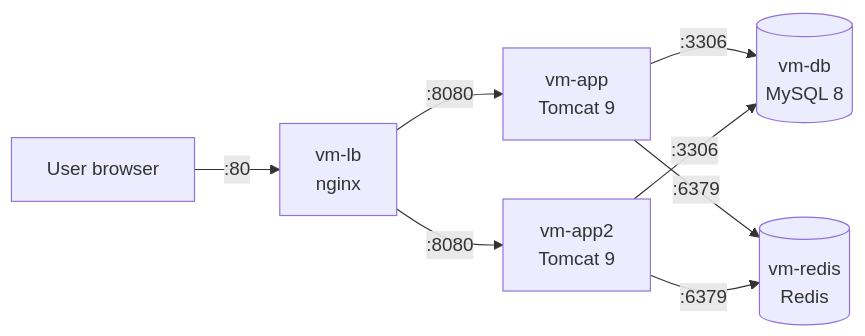
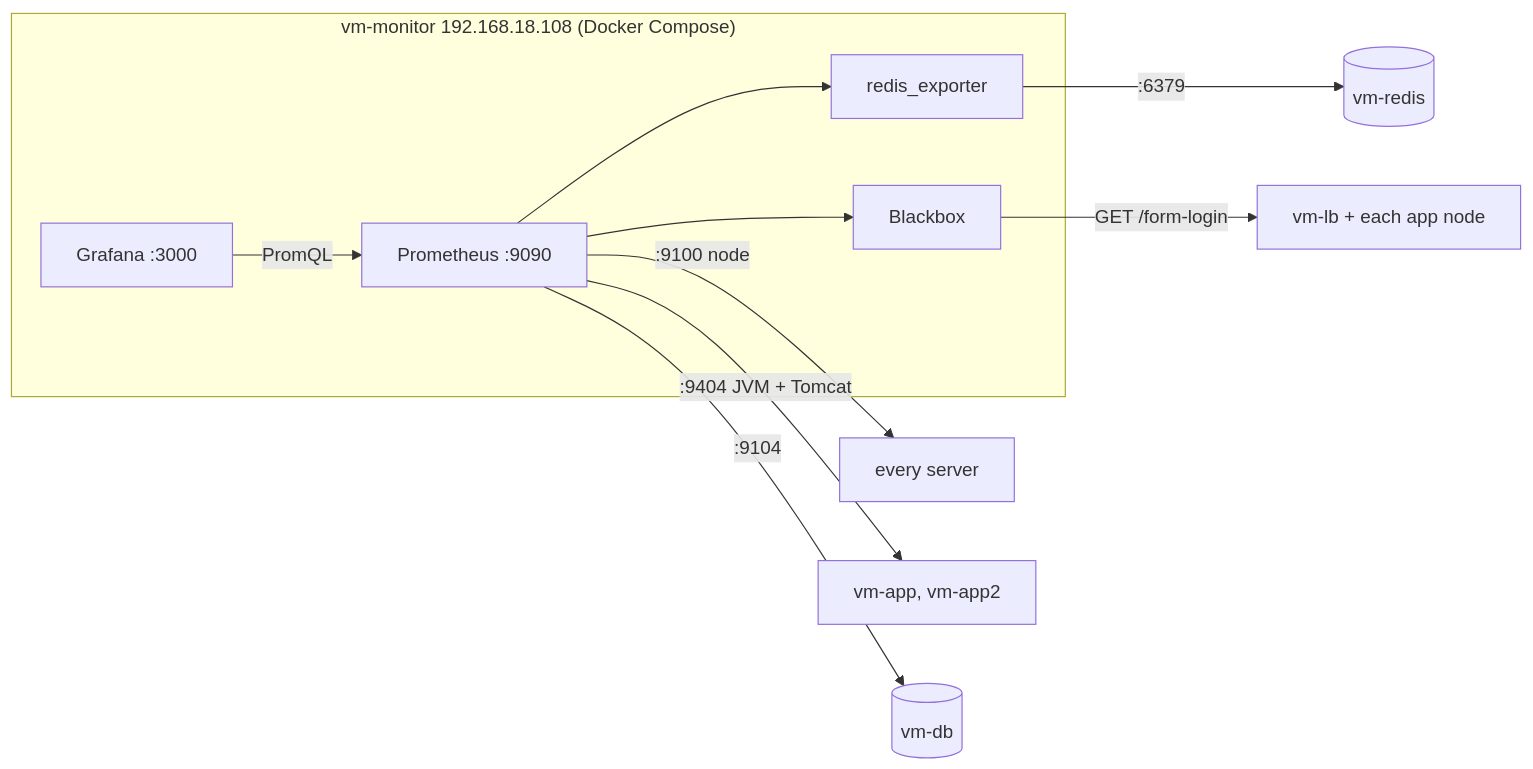
Before and after one commit to nazariybu/travelagency: the diagram in README.md, drawn with Mermaid. The commit also changed other lines of this file and 3 other files, not shown here.

````diff
--- a/README.md
+++ b/README.md
@@ -35,10 +22,15 @@
 ```mermaid
 flowchart LR
-    U["User browser"] -->|":80"| LB["vm-lb<br/>nginx"]
-    LB -->|":8080"| A1["vm-app<br/>Tomcat 9"]
-    LB -->|":8080"| A2["vm-app2<br/>Tomcat 9"]
-    A1 -->|":3306"| DB[("vm-db<br/>MySQL 8")]
-    A2 -->|":3306"| DB
-    A1 -->|":6379"| R[("vm-redis<br/>Redis")]
-    A2 -->|":6379"| R
+    subgraph M["vm-monitor 192.168.18.108 (Docker Compose)"]
+        P["Prometheus :9090"]
+        G["Grafana :3000"]
+        B["Blackbox"]
+        RE["redis_exporter"]
+    end
+    G -->|PromQL| P
+    P -->|":9100 node"| ALL["every server"]
+    P -->|":9404 JVM + Tomcat"| A["vm-app, vm-app2"]
+    P -->|":9104"| DB[("vm-db")]
+    P --> RE -->|":6379"| R[("vm-redis")]
+    P --> B -->|"GET /form-login"| LB["vm-lb + each app node"]
 ```
````
